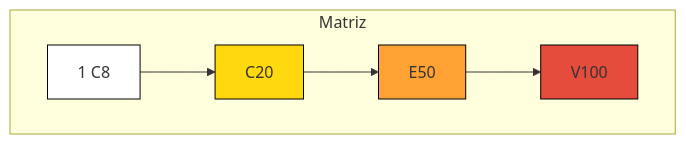
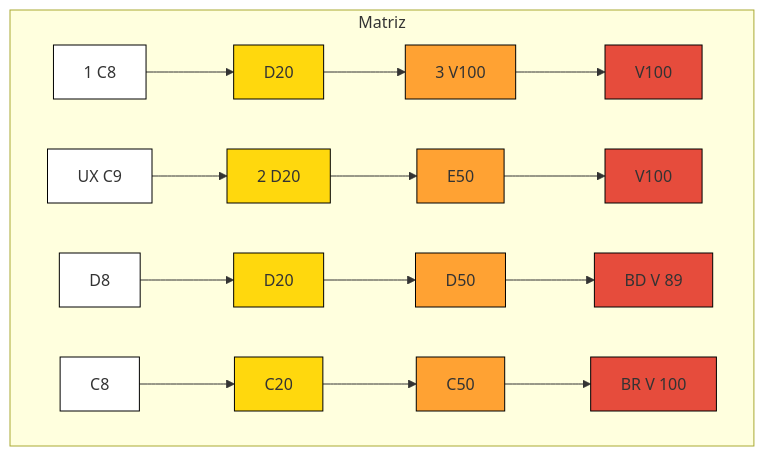
The diagram in README.md (AnandaMazine/Metodo-Agil-Crystal), drawn with Mermaid before and after one commit.

````diff
--- a/README.md
+++ b/README.md
@@ -3,11 +3,14 @@
 ```mermaid
 graph TD
   subgraph Matriz
-A1["1 C8"]:::branco --> A2["C20"]:::amarelo --> A3["E50"]:::laranja --> A4["V100"]:::vermelho
+A1["1 C8"]:::branco --> A2["D20"]:::amarelo --> A3["3 V100"]:::laranja --> A4["V100"]:::vermelho
+B1["UX C9"]:::branco --> B2["2 D20"]:::amarelo --> B3["E50"]:::laranja --> B4["V100"]:::vermelho
+C1["D8"]:::branco --> C2["D20"]:::amarelo --> C3["D50"]:::laranja --> C4["BD V 89"]:::vermelho
+D1["C8"]:::branco --> D2["C20"]:::amarelo --> D3["C50"]:::laranja --> D4["BR V 100"]:::vermelho
 
 end
 classDef branco fill:#fff, stroke:#000, stroke-width:1px;
 classDef amarelo fill:#FFD80D, stroke:#000, stroke-width:1px;
 classDef laranja fill:#FFA233, stroke:#000, stroke-width:1px;
 classDef vermelho fill:#E64C3C, stroke:#000, stroke-width:1px;
 ```
````
